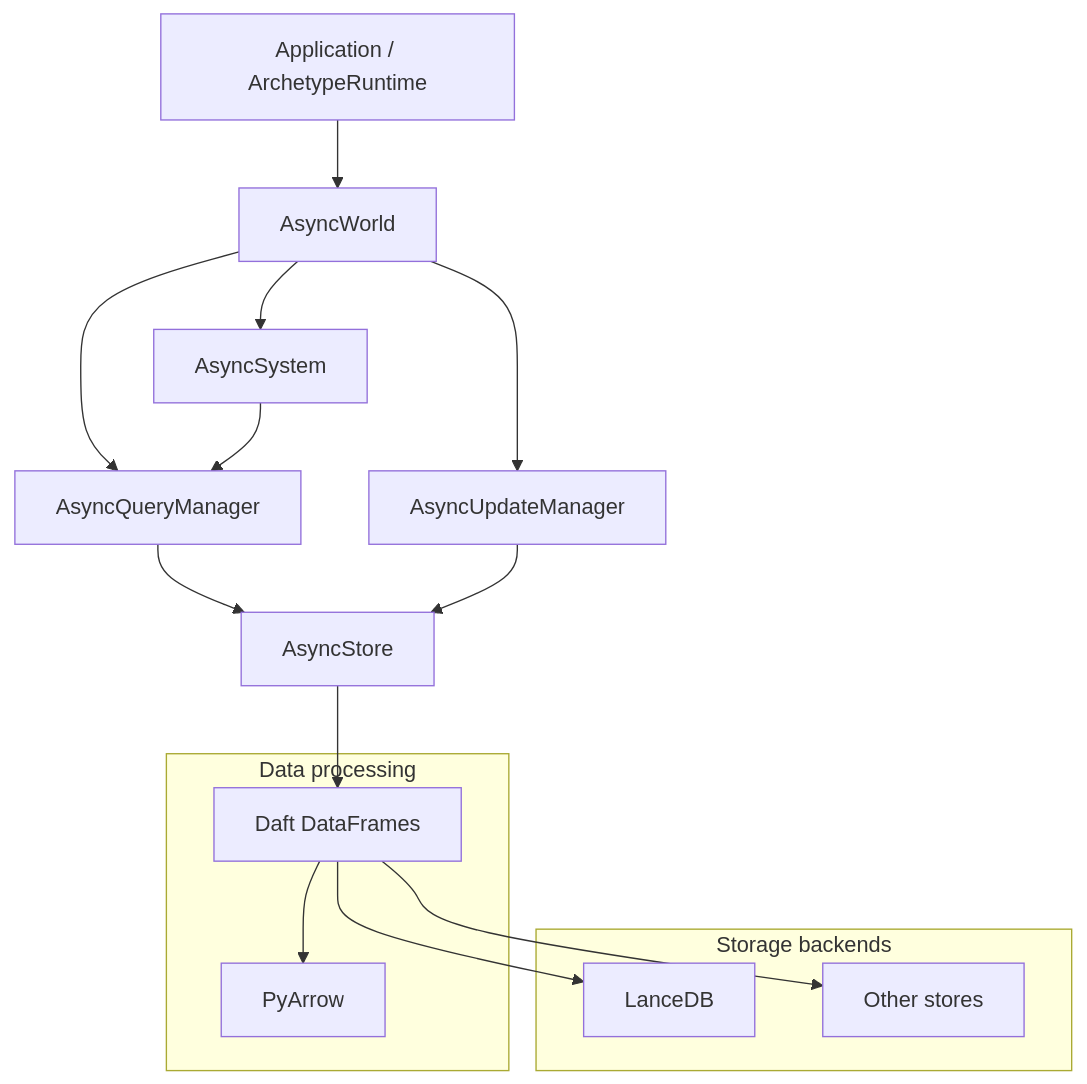
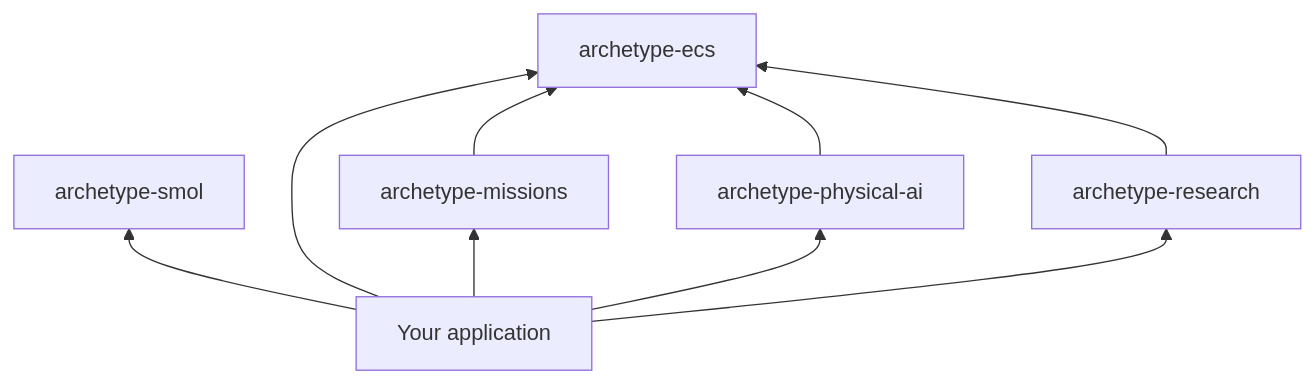
One commit to VangelisTech/archetype changed the diagram in docs/index.md. Above: the diagram before and after it, drawn with Mermaid. The commit also changed other lines of this file and 15 other files, not shown here.

````diff
--- a/docs/index.md
+++ b/docs/index.md
@@ -54,32 +22,11 @@
 ```mermaid
-graph TB
-    App["Application / ArchetypeRuntime"]
-    World["AsyncWorld"]
-    System["AsyncSystem"]
-    QM["AsyncQueryManager"]
-    UM["AsyncUpdateManager"]
-    Store["AsyncStore"]
-
-    subgraph "Storage backends"
-        Lance["LanceDB"]
-        Other["Other stores"]
-    end
-
-    subgraph "Data processing"
-        Daft["Daft DataFrames"]
-        Arrow["PyArrow"]
-    end
-
-    App --> World
-    World --> System
-    World --> QM
-    World --> UM
-    QM --> Store
-    UM --> Store
-    System --> QM
-
-    Store --> Daft
-    Daft --> Arrow
-    Daft --> Lance
-    Daft --> Other
+graph BT
+    App["Your application"] --> Smol["archetype-smol"]
+    App --> ECS["archetype-ecs"]
+    Missions["archetype-missions"] --> ECS["archetype-ecs"]
+    Physical["archetype-physical-ai"] --> ECS
+    Research["archetype-research"] --> ECS
+    App --> Missions
+    App --> Physical
+    App --> Research
 ```
````
